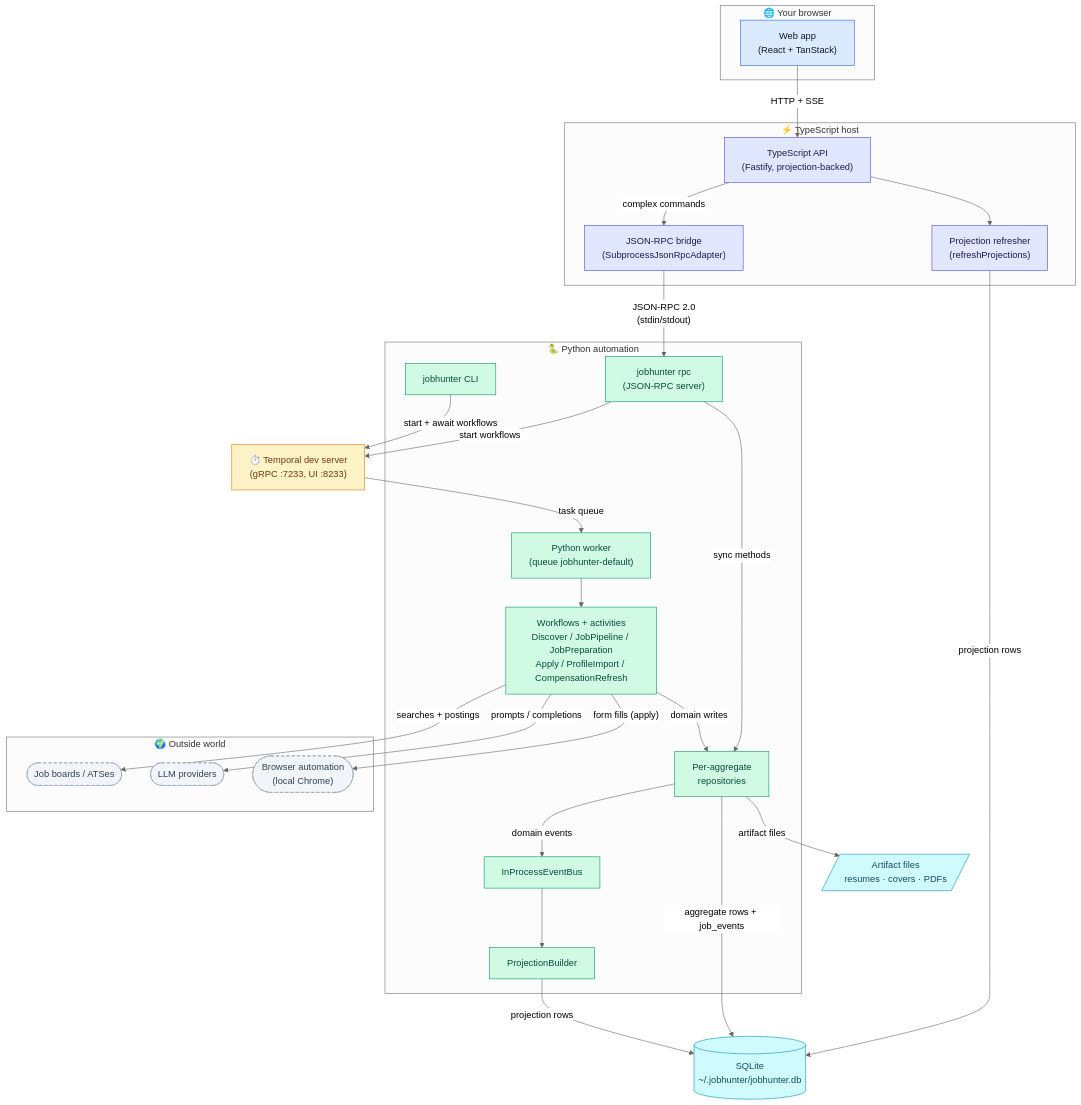
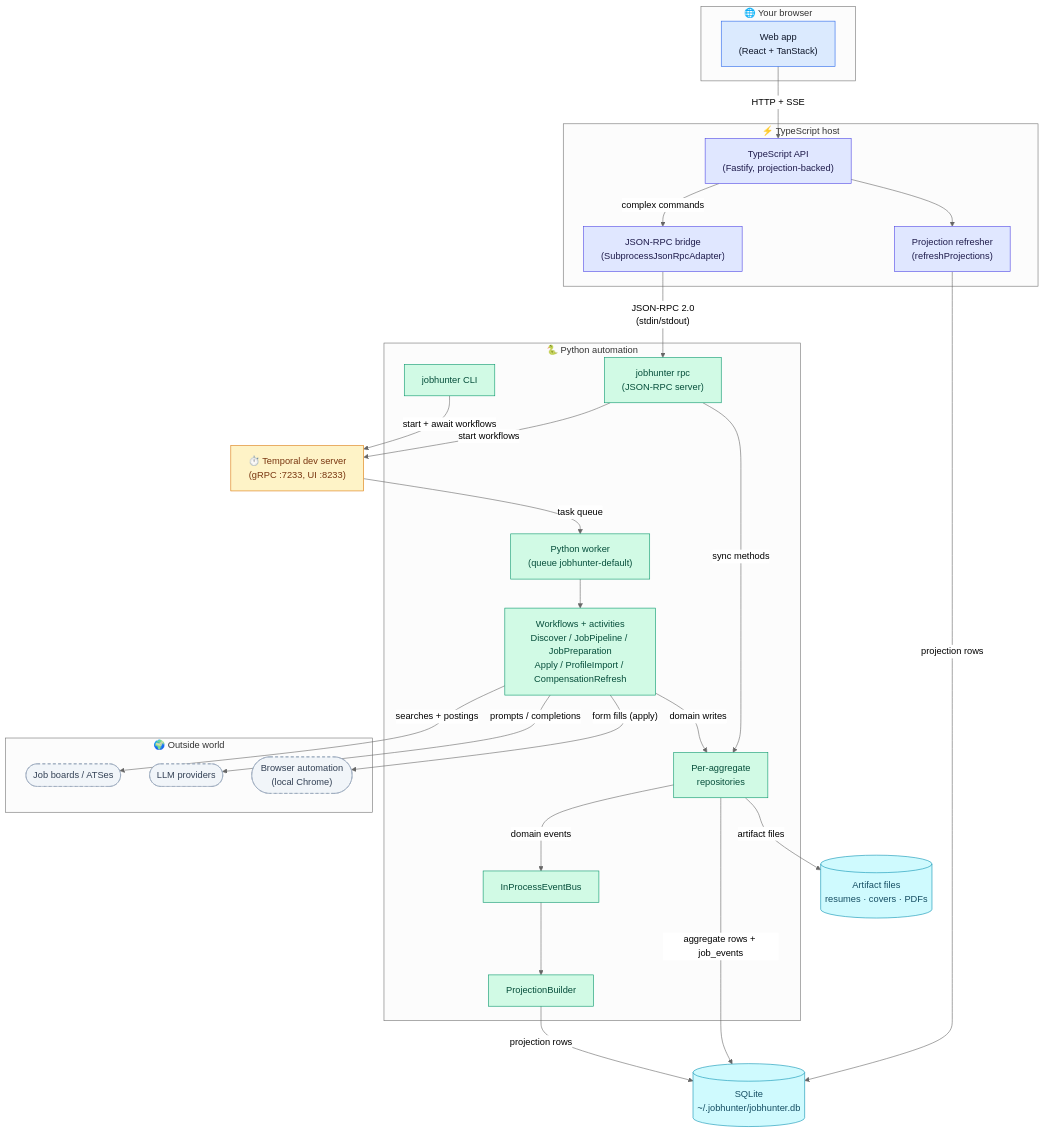
Before and after one commit to ebarti/JobCtrl: the diagram in docs/architecture/index.md, drawn with Mermaid (neutral theme).

Commit message:
docs: render the artifact-files node as a cylinder on the system map
The flagship map is the standard's reference implementation and its Files
node was the site's only parallelogram; stores render as cylinders per the
standard, matching the SQLite node beside it.

````diff
--- a/docs/architecture/index.md
+++ b/docs/architecture/index.md
@@ -8,61 +8,61 @@
 ```mermaid
 flowchart TD
   subgraph Client["🌐 Your browser"]
     Web["Web app<br/>(React + TanStack)"]
   end
   subgraph TS["⚡ TypeScript host"]
     Api["TypeScript API<br/>(Fastify, projection-backed)"]
     Projections["Projection refresher<br/>(refreshProjections)"]
     JsonRpc["JSON-RPC bridge<br/>(SubprocessJsonRpcAdapter)"]
   end
   subgraph Py["🐍 Python automation"]
     RpcSrv["jobhunter rpc<br/>(JSON-RPC server)"]
     Cli["jobhunter CLI"]
     Worker["Python worker<br/>(queue jobhunter-default)"]
     Workflows["Workflows + activities<br/>Discover / JobPipeline / JobPreparation<br/>Apply / ProfileImport / CompensationRefresh"]
     Bus["InProcessEventBus"]
     Repos["Per-aggregate<br/>repositories"]
     Builder["ProjectionBuilder"]
   end
   Temporal["⏱️ Temporal dev server<br/>(gRPC :7233, UI :8233)"]
   Db[("SQLite<br/>~/.jobhunter/jobhunter.db")]
-  Files[/"Artifact files<br/>resumes · covers · PDFs"/]
+  Files[("Artifact files<br/>resumes · covers · PDFs")]
   subgraph Ext["🌍 Outside world"]
     Boards(["Job boards / ATSes"])
     LLM(["LLM providers"])
     Browser(["Browser automation<br/>(local Chrome)"])
   end
 
   Web -- "HTTP + SSE" --> Api
   Api --> Projections
   Api -- "complex commands" --> JsonRpc
   Projections -- "projection rows" --> Db
   JsonRpc -- "JSON-RPC 2.0<br/>(stdin/stdout)" --> RpcSrv
   RpcSrv -- "start workflows" --> Temporal
   RpcSrv -- "sync methods" --> Repos
   Cli -- "start + await workflows" --> Temporal
   Temporal -- "task queue" --> Worker
   Worker --> Workflows
   Workflows -- "domain writes" --> Repos
   Repos -- "aggregate rows + job_events" --> Db
   Repos -- "domain events" --> Bus
   Bus --> Builder
   Builder -- "projection rows" --> Db
   Repos -- "artifact files" --> Files
   Workflows -- "searches + postings" --> Boards
   Workflows -- "prompts / completions" --> LLM
   Workflows -- "form fills (apply)" --> Browser
 
   classDef ui fill:#dbeafe,stroke:#2563eb,color:#0f172a
   classDef ts fill:#e0e7ff,stroke:#4f46e5,color:#1e1b4b
   classDef py fill:#d1fae5,stroke:#059669,color:#064e3b
   classDef infra fill:#fef3c7,stroke:#d97706,color:#78350f
   classDef store fill:#cffafe,stroke:#0891b2,color:#164e63
   classDef ext fill:#f1f5f9,stroke:#94a3b8,color:#334155,stroke-dasharray:5 4
   class Web ui
   class Api,Projections,JsonRpc ts
   class RpcSrv,Cli,Worker,Workflows,Bus,Repos,Builder py
   class Temporal infra
   class Db,Files store
   class Boards,LLM,Browser ext
 ```
````
